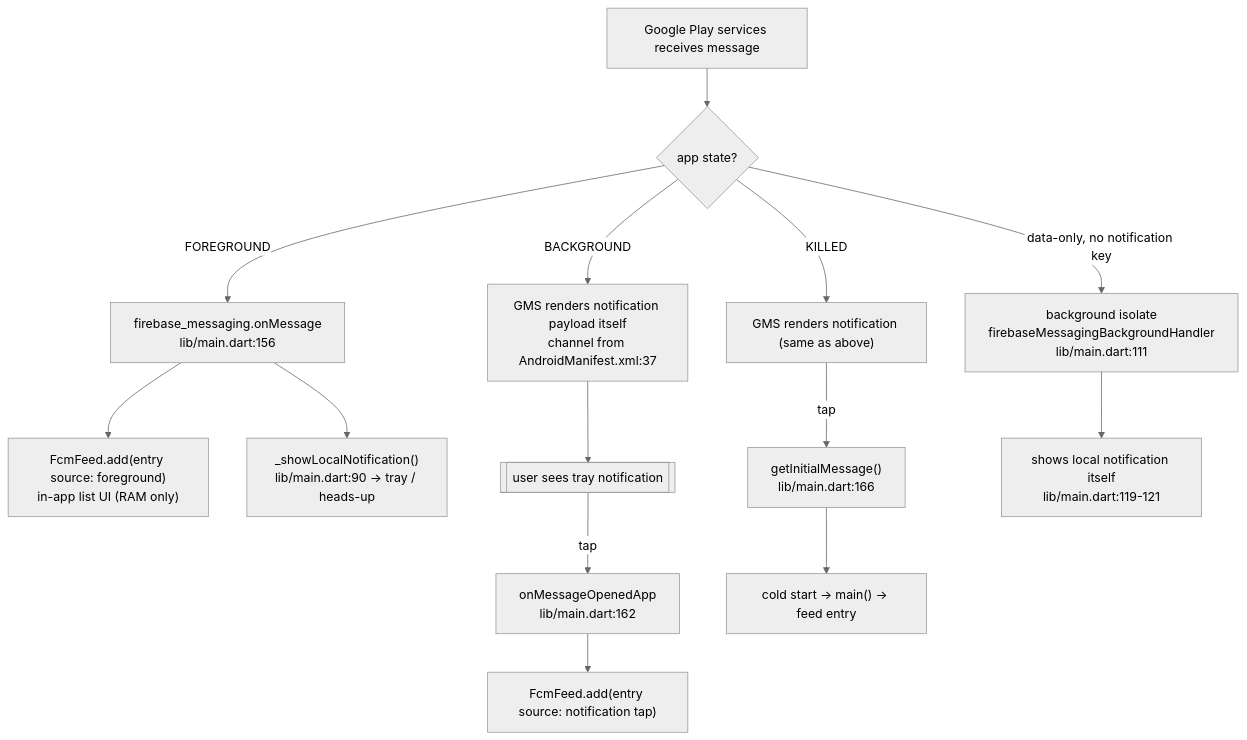
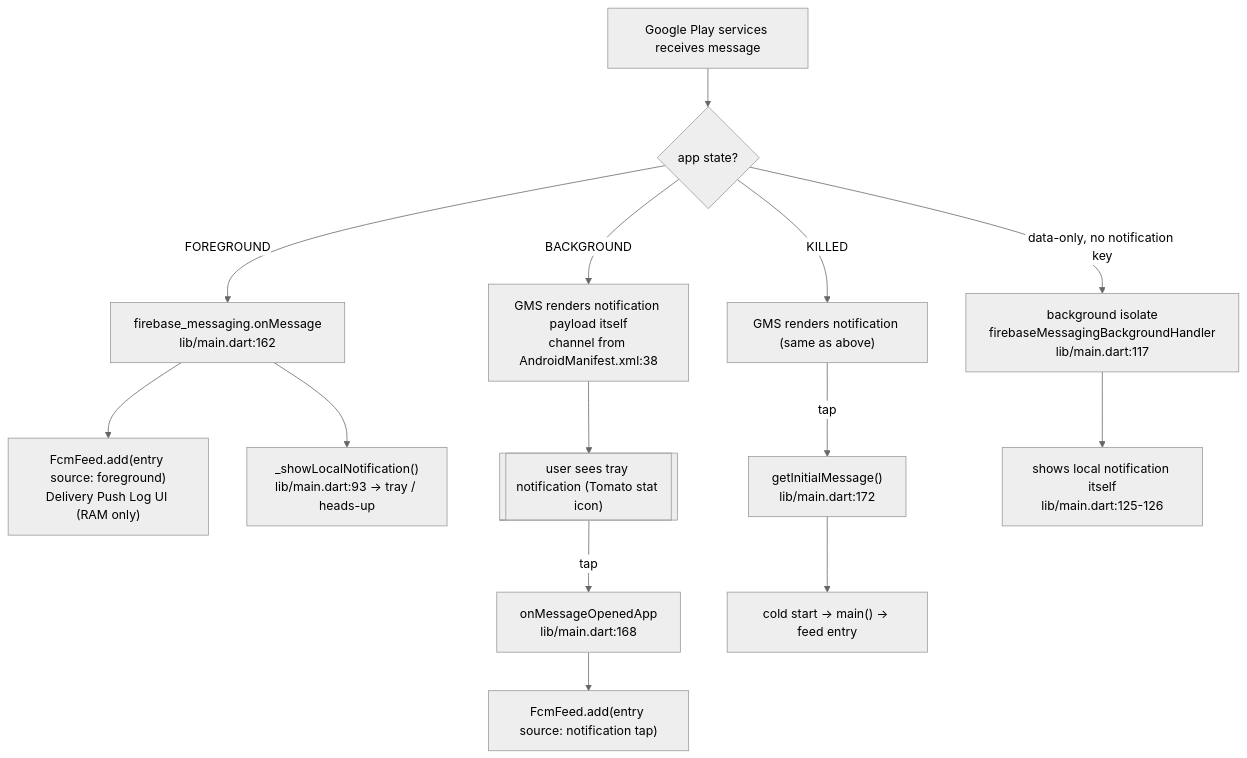
Before and after one commit to hariraja-07/fcm-push-demo: the third of 3 diagrams in ARCHITECTURE.md, drawn with Mermaid (neutral theme). The commit also changed other lines of this file, not shown here.

Commit message:
docs: refresh ARCHITECTURE.md for Tomato rebrand

````diff
--- a/ARCHITECTURE.md
+++ b/ARCHITECTURE.md
@@ -111,20 +113,20 @@
 ```mermaid
 flowchart TB
     P[Google Play services receives message] --> Q{app state?}
 
-    Q -->|FOREGROUND| F1["firebase_messaging.onMessage<br/>lib/main.dart:156"]
-    F1 --> F2["FcmFeed.add(entry source: foreground)<br/>in-app list UI (RAM only)"]
-    F1 --> F3["_showLocalNotification()<br/>lib/main.dart:90 → tray / heads-up"]
+    Q -->|FOREGROUND| F1["firebase_messaging.onMessage<br/>lib/main.dart:162"]
+    F1 --> F2["FcmFeed.add(entry source: foreground)<br/>Delivery Push Log UI (RAM only)"]
+    F1 --> F3["_showLocalNotification()<br/>lib/main.dart:93 → tray / heads-up"]
 
-    Q -->|BACKGROUND| B1["GMS renders notification payload itself<br/>channel from AndroidManifest.xml:37"]
-    B1 --> B2[["user sees tray notification"]]
-    B2 -->|tap| B3["onMessageOpenedApp<br/>lib/main.dart:162"]
+    Q -->|BACKGROUND| B1["GMS renders notification payload itself<br/>channel from AndroidManifest.xml:38"]
+    B1 --> B2[["user sees tray notification (Tomato stat icon)"]]
+    B2 -->|tap| B3["onMessageOpenedApp<br/>lib/main.dart:168"]
     B3 --> B4["FcmFeed.add(entry source: notification tap)"]
 
     Q -->|KILLED| K1["GMS renders notification (same as above)"]
-    K1 -->|tap| K2["getInitialMessage()<br/>lib/main.dart:166"]
+    K1 -->|tap| K2["getInitialMessage()<br/>lib/main.dart:172"]
     K2 --> K3["cold start → main() → feed entry"]
 
-    Q -->|data-only, no notification key| D1["background isolate<br/>firebaseMessagingBackgroundHandler<br/>lib/main.dart:111"]
-    D1 --> D2["shows local notification itself<br/>lib/main.dart:119-121"]
+    Q -->|data-only, no notification key| D1["background isolate<br/>firebaseMessagingBackgroundHandler<br/>lib/main.dart:117"]
+    D1 --> D2["shows local notification itself<br/>lib/main.dart:125-126"]
 ```
````
